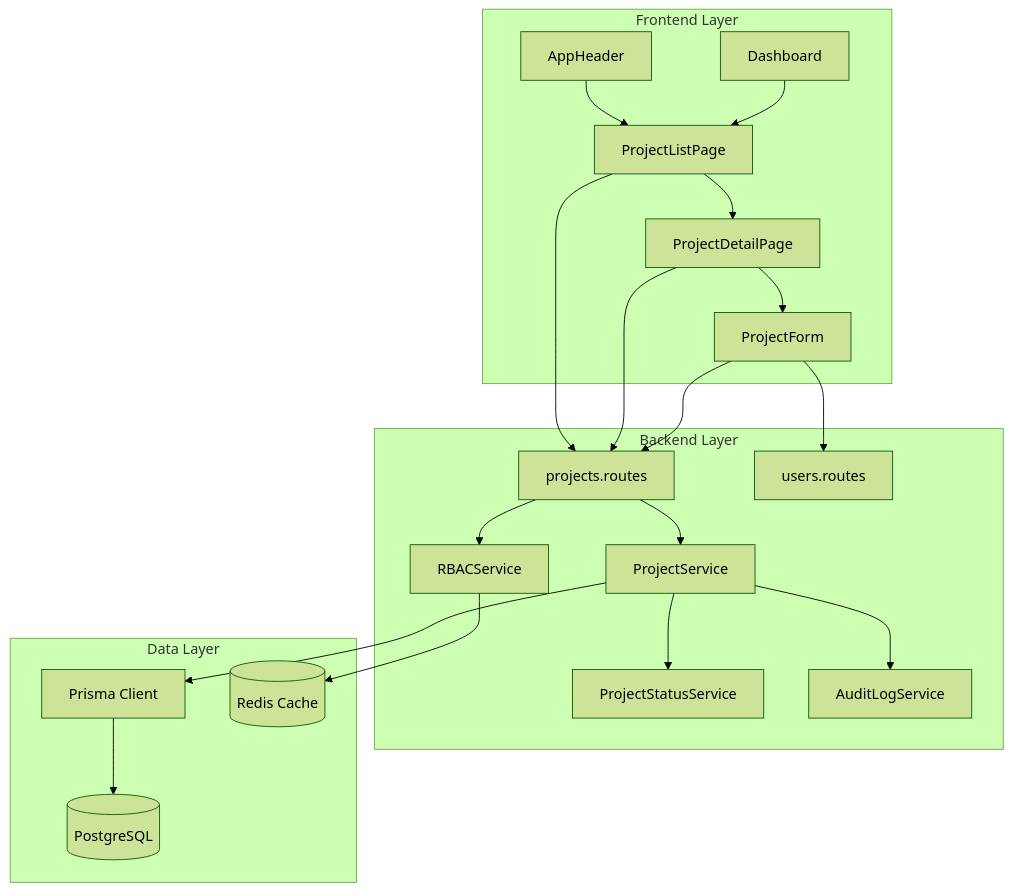
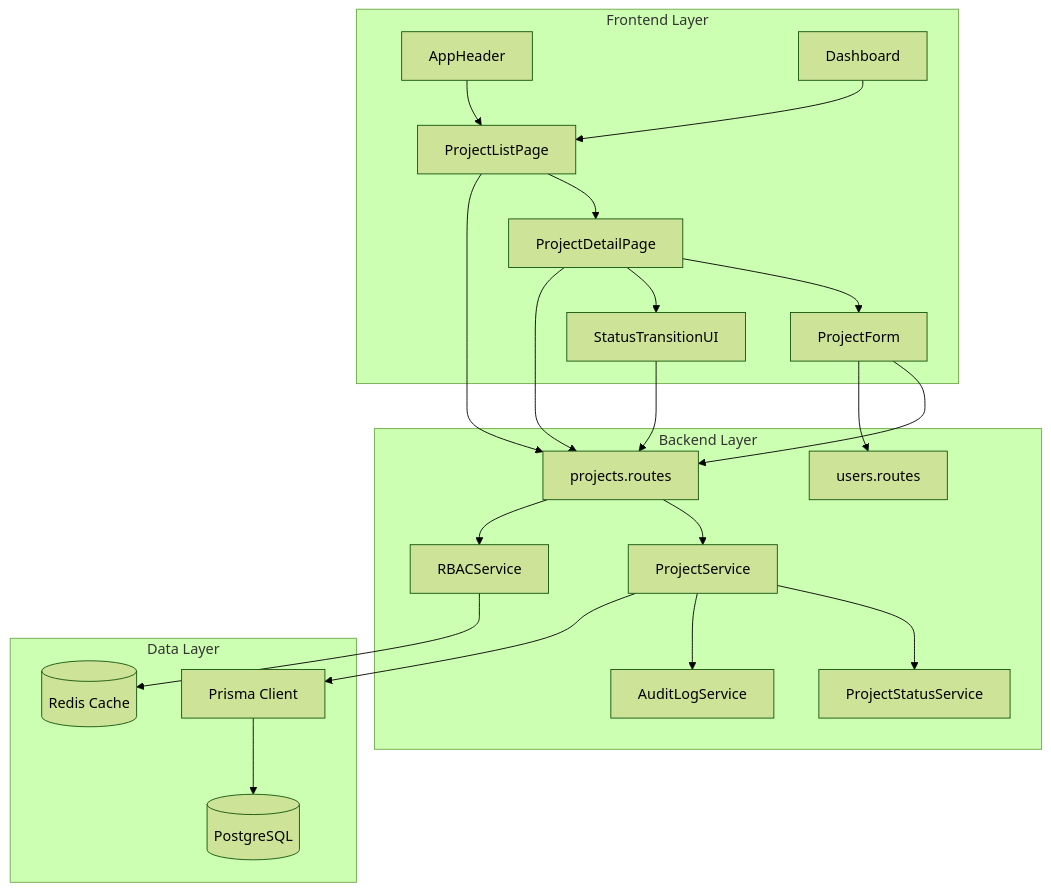
One commit to inakanou/ArchiTrack changed the first of 5 diagrams in .kiro/specs/project-management/design.md. Above: the diagram before and after it, drawn with Mermaid (forest theme). The commit also changed other lines of this file and 1 other file, not shown here.

````diff
--- a/.kiro/specs/project-management/design.md
+++ b/.kiro/specs/project-management/design.md
@@ -51,44 +51,47 @@
 ```mermaid
 graph TB
     subgraph Frontend[Frontend Layer]
         AppHeader[AppHeader]
         Dashboard[Dashboard]
         ProjectList[ProjectListPage]
         ProjectDetail[ProjectDetailPage]
         ProjectForm[ProjectForm]
+        StatusTransitionUI[StatusTransitionUI]
     end
 
     subgraph Backend[Backend Layer]
         ProjectRoutes[projects.routes]
         UserRoutes[users.routes]
         ProjectService[ProjectService]
         ProjectStatusService[ProjectStatusService]
         RBACService[RBACService]
         AuditLogService[AuditLogService]
     end
 
     subgraph Data[Data Layer]
         Prisma[Prisma Client]
         PostgreSQL[(PostgreSQL)]
         Redis[(Redis Cache)]
     end
 
     AppHeader --> ProjectList
     Dashboard --> ProjectList
     ProjectList --> ProjectDetail
     ProjectDetail --> ProjectForm
+    ProjectDetail --> StatusTransitionUI
 
     ProjectList --> ProjectRoutes
     ProjectDetail --> ProjectRoutes
     ProjectForm --> ProjectRoutes
     ProjectForm --> UserRoutes
+    StatusTransitionUI --> ProjectRoutes
 
     ProjectRoutes --> ProjectService
     ProjectRoutes --> RBACService
     ProjectService --> ProjectStatusService
     ProjectService --> AuditLogService
 
     ProjectService --> Prisma
     RBACService --> Redis
     Prisma --> PostgreSQL
 ```
````
